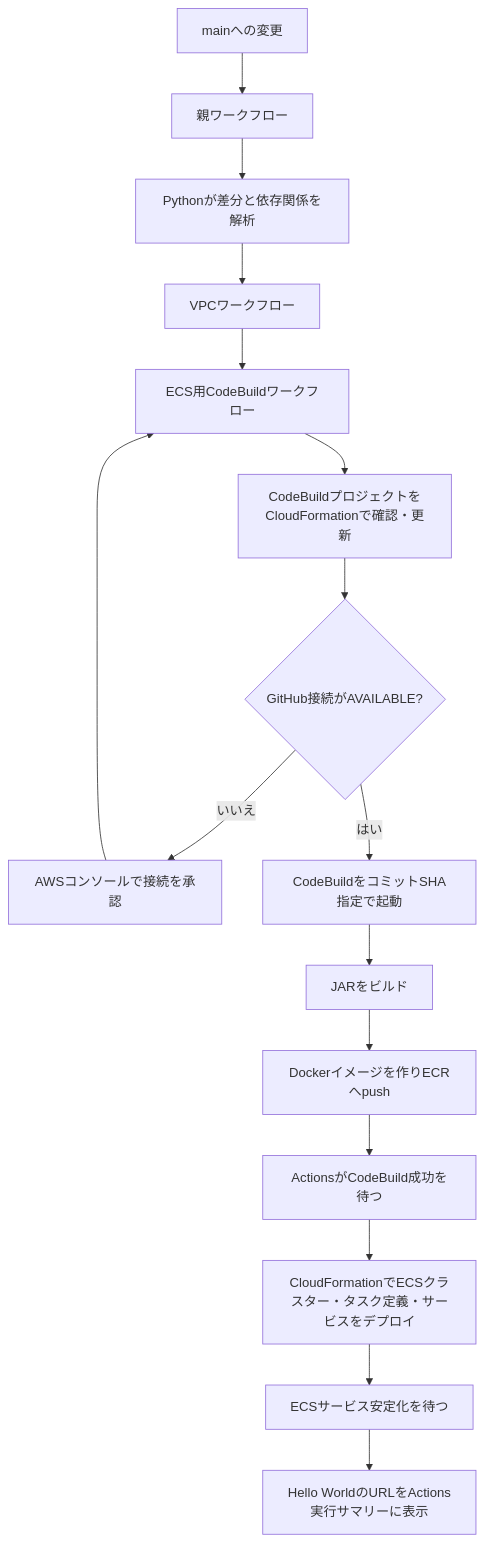
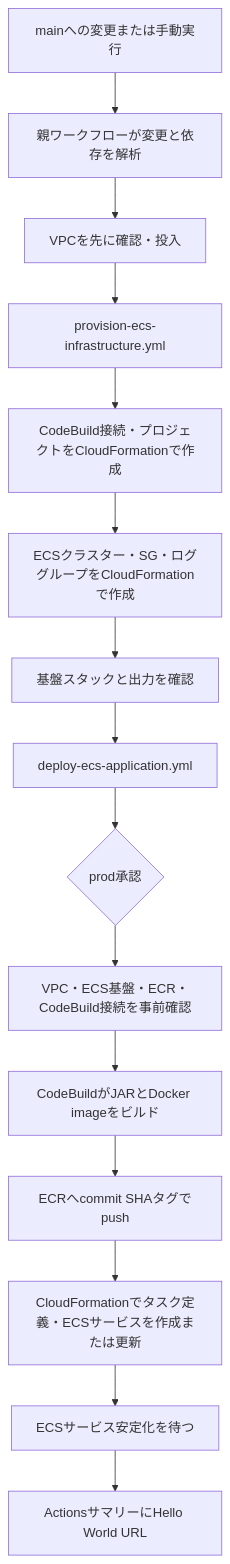
The diagram in doc/ecs-codebuild-flow.md (azulazulazula/github-action-pub), drawn with Mermaid before and after one commit. The commit also changed other lines of this file, not shown here.

Commit message:
Document separate ECS infrastructure and application deployment

````diff
--- a/doc/ecs-codebuild-flow.md
+++ b/doc/ecs-codebuild-flow.md
@@ -9,18 +13,17 @@
 ```mermaid
 flowchart TD
-    A[mainへの変更] --> B[親ワークフロー]
-    B --> C[Pythonが差分と依存関係を解析]
-    C --> D[VPCワークフロー]
-    D --> E[ECS用CodeBuildワークフロー]
-    E --> F[CodeBuildプロジェクトをCloudFormationで確認・更新]
-    F --> G{GitHub接続がAVAILABLE?}
-    G -- いいえ --> H[AWSコンソールで接続を承認]
-    H --> E
-    G -- はい --> I[CodeBuildをコミットSHA指定で起動]
-    I --> J[JARをビルド]
-    J --> K[Dockerイメージを作りECRへpush]
-    K --> L[ActionsがCodeBuild成功を待つ]
-    L --> M[CloudFormationでECSクラスター・タスク定義・サービスをデプロイ]
-    M --> N[ECSサービス安定化を待つ]
-    N --> O[Hello WorldのURLをActions実行サマリーに表示]
+    A[mainへの変更または手動実行] --> B[親ワークフローが変更と依存を解析]
+    B --> C[VPCを先に確認・投入]
+    C --> D[provision-ecs-infrastructure.yml]
+    D --> D1[CodeBuild接続・プロジェクトをCloudFormationで作成]
+    D1 --> D2[ECSクラスター・SG・ロググループをCloudFormationで作成]
+    D2 --> D3[基盤スタックと出力を確認]
+    D3 --> E[deploy-ecs-application.yml]
+    E --> E1{prod承認}
+    E1 --> E2[VPC・ECS基盤・ECR・CodeBuild接続を事前確認]
+    E2 --> E3[CodeBuildがJARとDocker imageをビルド]
+    E3 --> E4[ECRへcommit SHAタグでpush]
+    E4 --> E5[CloudFormationでタスク定義・ECSサービスを作成または更新]
+    E5 --> E6[ECSサービス安定化を待つ]
+    E6 --> F[ActionsサマリーにHello World URL]
 ```
````
